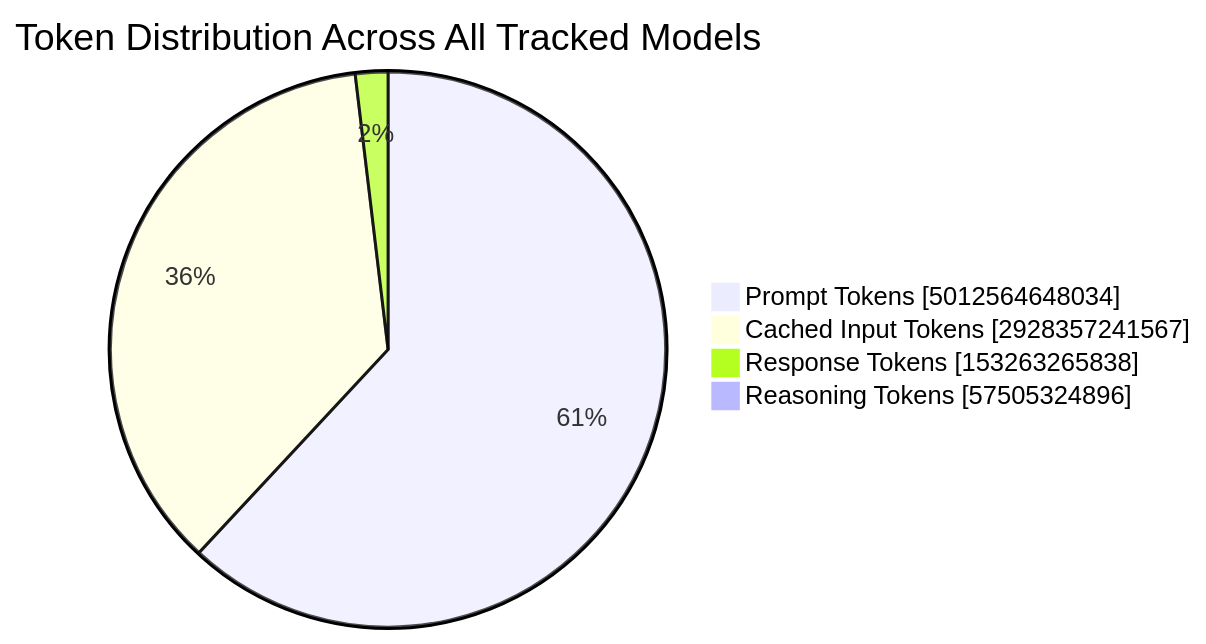
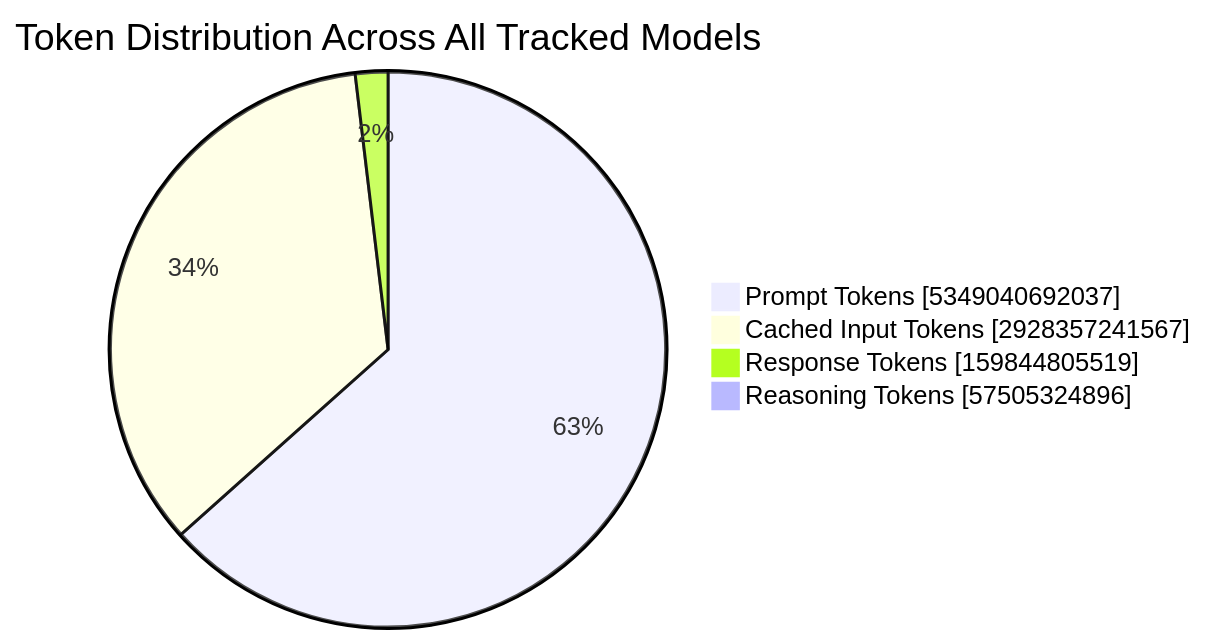
One commit to johnbean393/openrouter-inference-stats changed the fourth of 4 diagrams in README.md. Above: the diagram before and after it, drawn with Mermaid. The commit also changed other lines of this file and 1 other file, not shown here.

````diff
--- a/README.md
+++ b/README.md
@@ -54,8 +54,8 @@
 ```mermaid
 pie showData
     title Token Distribution Across All Tracked Models
-    "Prompt Tokens" : 5012564648034
+    "Prompt Tokens" : 5349040692037
     "Cached Input Tokens" : 2928357241567
-    "Response Tokens" : 153263265838
+    "Response Tokens" : 159844805519
     "Reasoning Tokens" : 57505324896
 ```
````
